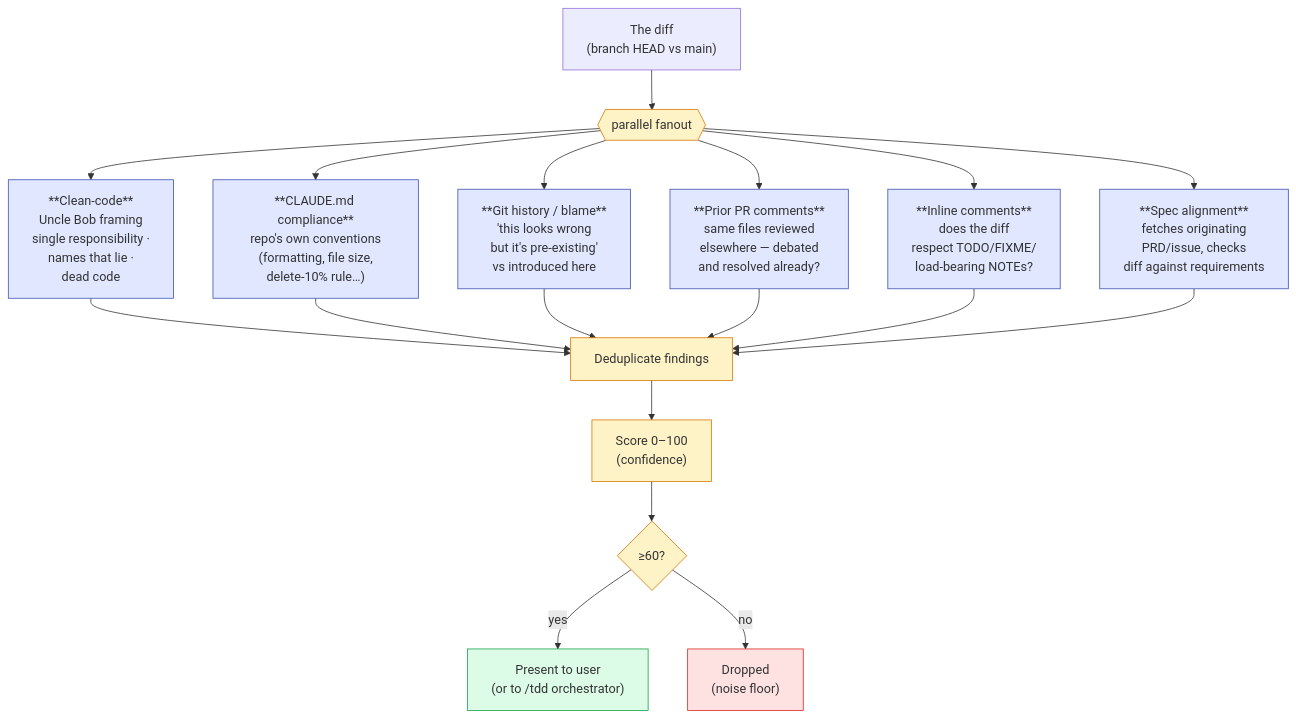
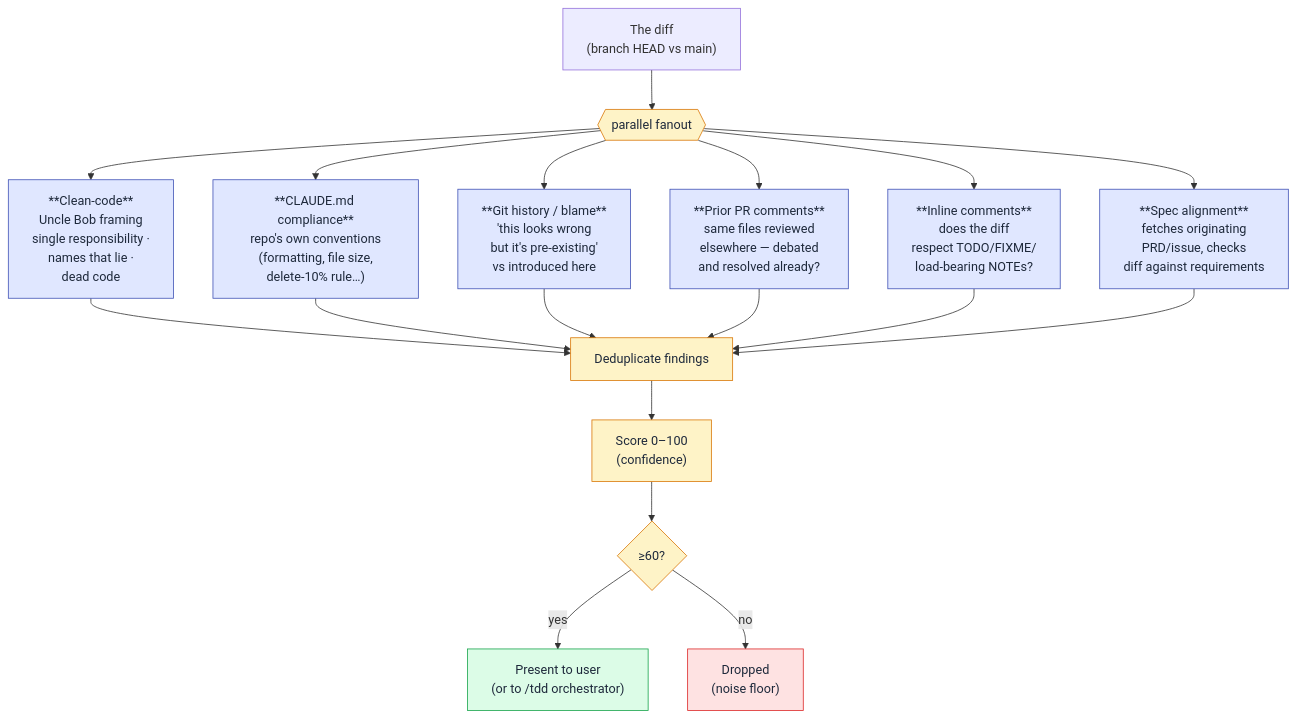
Before and after one commit to ZunoSmartLabs/zsl-superpowers: the first of 3 diagrams in docs/code-review.md, drawn with Mermaid. The commit also changed other lines of this file and 8 other files, not shown here.

First line of the commit message:
docs(remote-agents): add scheduling rationale + fix dark-mode diagram text

````diff
--- a/docs/code-review.md
+++ b/docs/code-review.md
@@ -14,29 +14,29 @@
 ```mermaid
 flowchart TB
     diff["The diff<br/>(branch HEAD vs main)"] --> dispatch{{"parallel fanout"}}
     dispatch --> L1["**Clean-code**<br/>Uncle Bob framing<br/>single responsibility ·<br/>names that lie ·<br/>dead code"]
     dispatch --> L2["**CLAUDE.md compliance**<br/>repo's own conventions<br/>(formatting, file size,<br/>delete-10% rule…)"]
     dispatch --> L3["**Git history / blame**<br/>'this looks wrong<br/>but it's pre-existing'<br/>vs introduced here"]
     dispatch --> L4["**Prior PR comments**<br/>same files reviewed<br/>elsewhere — debated<br/>and resolved already?"]
     dispatch --> L5["**Inline comments**<br/>does the diff<br/>respect TODO/FIXME/<br/>load-bearing NOTEs?"]
     dispatch --> L6["**Spec alignment**<br/>fetches originating<br/>PRD/issue, checks<br/>diff against requirements"]
     L1 --> dedup["Deduplicate findings"]
     L2 --> dedup
     L3 --> dedup
     L4 --> dedup
     L5 --> dedup
     L6 --> dedup
     dedup --> score["Score 0–100<br/>(confidence)"]
     score --> filter{"≥60?"}
     filter -->|"yes"| present["Present to user<br/>(or to /tdd orchestrator)"]
     filter -->|"no"| drop["Dropped<br/>(noise floor)"]
 
-    classDef lens fill:#e0e7ff,stroke:#3f51b5;
-    classDef step fill:#fef3c7,stroke:#d97706;
-    classDef out fill:#dcfce7,stroke:#16a34a;
-    classDef noise fill:#fee2e2,stroke:#dc2626;
+    classDef lens fill:#e0e7ff,stroke:#3f51b5,color:#1e293b;
+    classDef step fill:#fef3c7,stroke:#d97706,color:#1e293b;
+    classDef out fill:#dcfce7,stroke:#16a34a,color:#1e293b;
+    classDef noise fill:#fee2e2,stroke:#dc2626,color:#1e293b;
     class L1,L2,L3,L4,L5,L6 lens;
     class dispatch,dedup,score,filter step;
     class present out;
     class drop noise;
 ```
````
